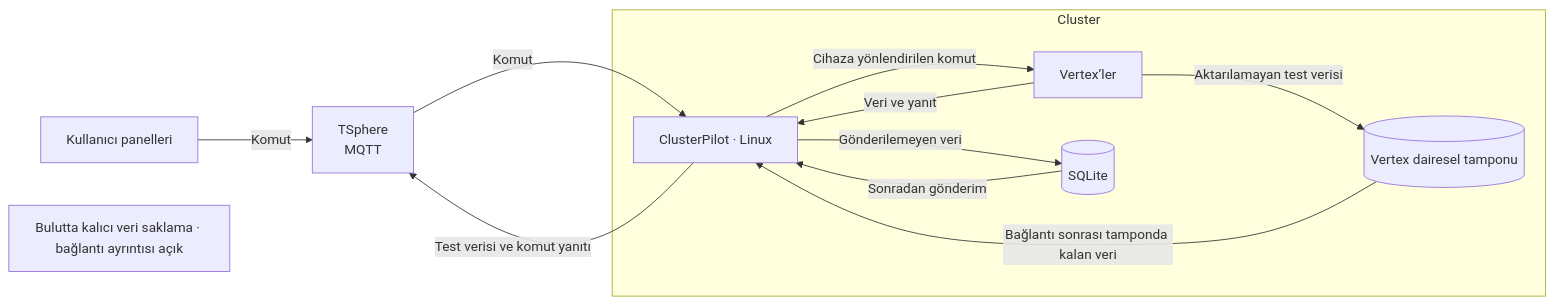
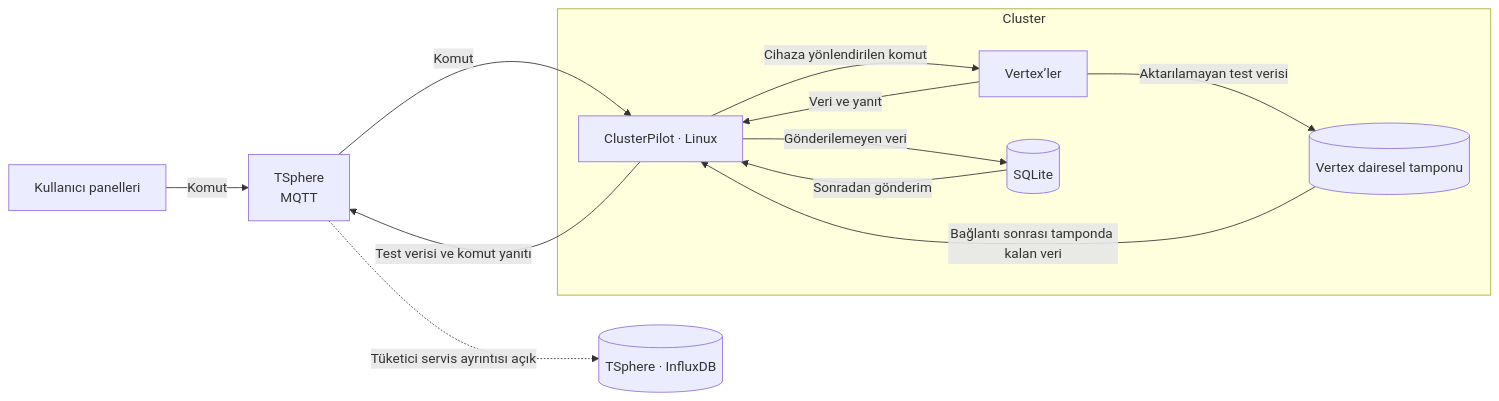
The diagram in docs/03-software/architecture-notes.md (mkadayifci/tronloop-defteri-kebir), drawn with Mermaid before and after one commit. The commit also changed other lines of this file and 7 other files, not shown here.

````diff
--- a/docs/03-software/architecture-notes.md
+++ b/docs/03-software/architecture-notes.md
@@ -28,15 +28,15 @@
 ```mermaid
 flowchart LR
     PANEL["Kullanıcı panelleri"] -->|Komut| MQTT["TSphere<br/>MQTT"]
     MQTT -->|Komut| CP["ClusterPilot · Linux"]
     subgraph CLUSTER["Cluster"]
         CP -->|Cihaza yönlendirilen komut| V["Vertex’ler"]
         V -->|Veri ve yanıt| CP
         V -->|Aktarılamayan test verisi| VB[(Vertex dairesel tamponu)]
         VB -->|Bağlantı sonrası tamponda kalan veri| CP
         CP -->|Gönderilemeyen veri| SQL[(SQLite)]
         SQL -->|Sonradan gönderim| CP
     end
     CP -->|Test verisi ve komut yanıtı| MQTT
-    STORE["Bulutta kalıcı veri saklama · bağlantı ayrıntısı açık"]
+    MQTT -.->|"Tüketici servis ayrıntısı açık"| STORE[("TSphere · InfluxDB")]
 ```
````
